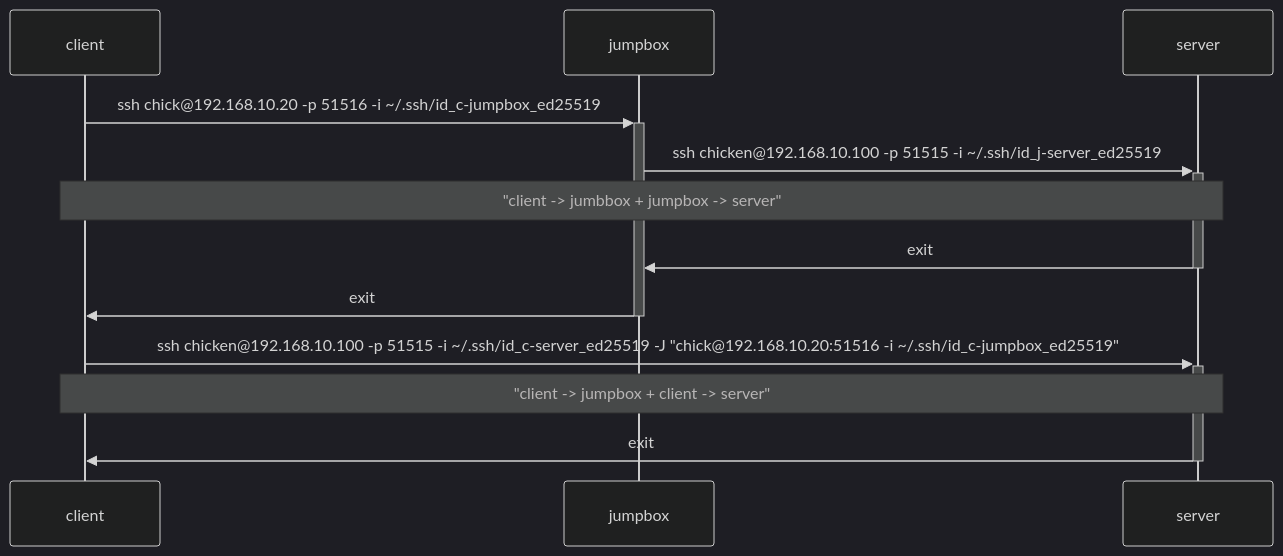
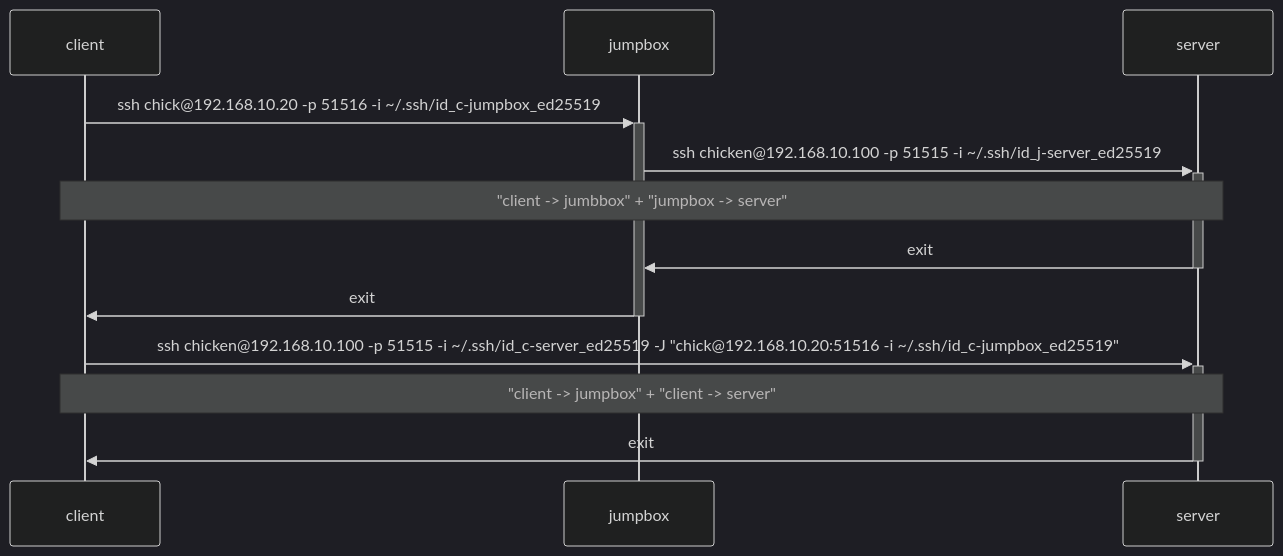
One commit to qwasium/ssh-memo changed the diagram in proxy-jump.md. Above: the diagram before and after it, drawn with Mermaid (dark theme).

````diff
--- a/proxy-jump.md
+++ b/proxy-jump.md
@@ -35,12 +35,12 @@
 ```mermaid
 sequenceDiagram
   client ->> +jumpbox: ssh chick@192.168.10.20 -p 51516 -i ~/.ssh/id_c-jumpbox_ed25519
   jumpbox ->> +server: ssh chicken@192.168.10.100 -p 51515 -i ~/.ssh/id_j-server_ed25519
-  Note over client,server: "client -> jumbbox + jumpbox -> server"
+  Note over client,server: "client -> jumbbox" + "jumpbox -> server"
   server ->> -jumpbox: exit
   jumpbox ->> -client: exit
 
   client ->> +server: ssh chicken@192.168.10.100 -p 51515 -i ~/.ssh/id_c-server_ed25519 -J "chick@192.168.10.20:51516 -i ~/.ssh/id_c-jumpbox_ed25519"
-  Note over client,server: "client -> jumpbox + client -> server"
+  Note over client,server: "client -> jumpbox" + "client -> server"
   server ->> -client: exit
 ```
````
